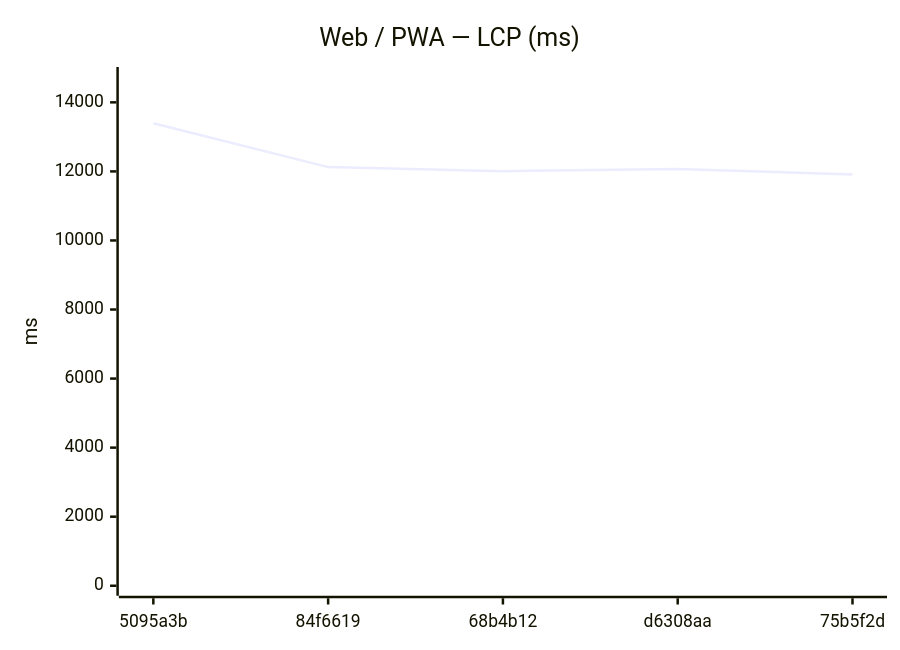
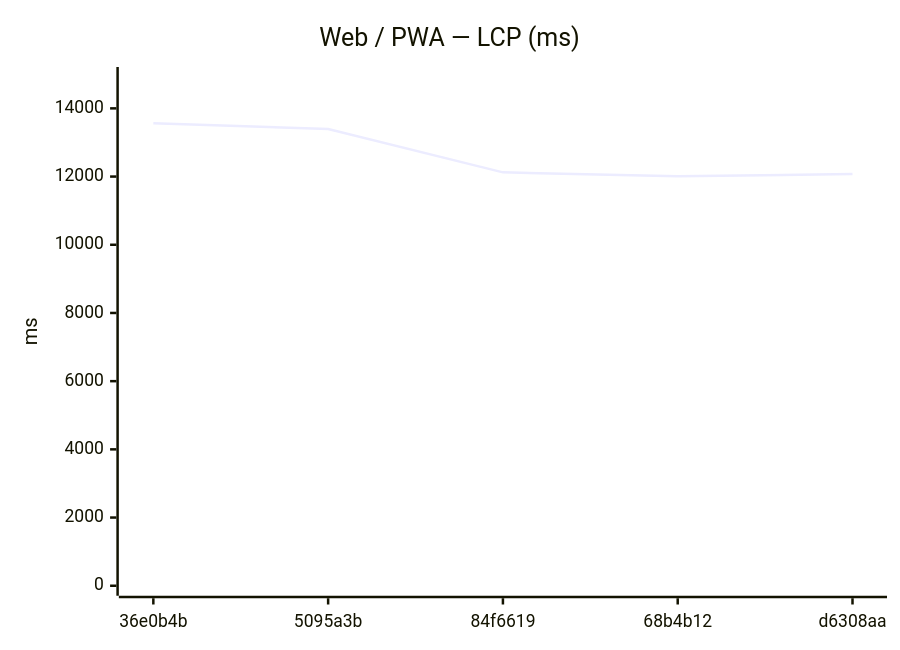
One commit to Metaheurist/Rianell changed the seventh of 18 diagrams in benchmarks/compare.md. Above: the diagram before and after it, drawn with Mermaid. The commit also changed other lines of this file and 11 other files, not shown here.

````diff
--- a/benchmarks/compare.md
+++ b/benchmarks/compare.md
@@ -117,7 +117,7 @@
 ```mermaid
 xychart-beta
     title "Web / PWA — LCP (ms)"
-    x-axis ["5095a3b", "84f6619", "68b4b12", "d6308aa", "75b5f2d"]
-    y-axis "ms" 0 --> 14734
-    line [13394, 12124, 12007, 12072, 11911]
+    x-axis ["36e0b4b", "5095a3b", "84f6619", "68b4b12", "d6308aa"]
+    y-axis "ms" 0 --> 14920
+    line [13563, 13394, 12124, 12007, 12072]
 ```
````
